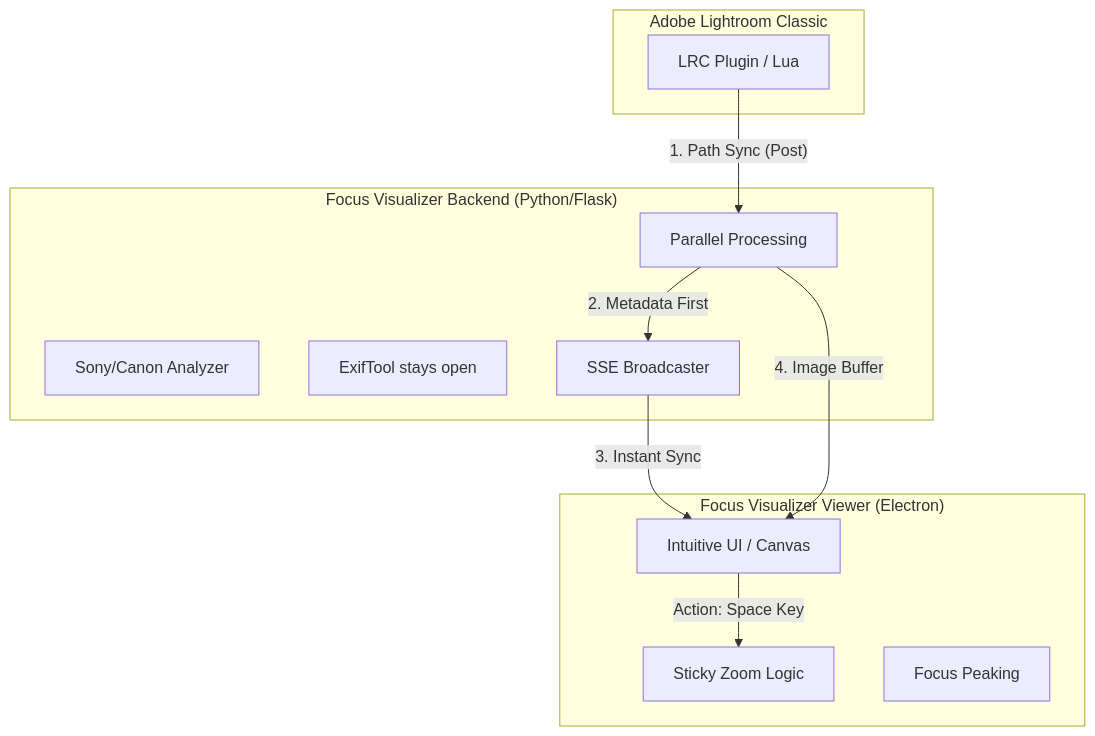
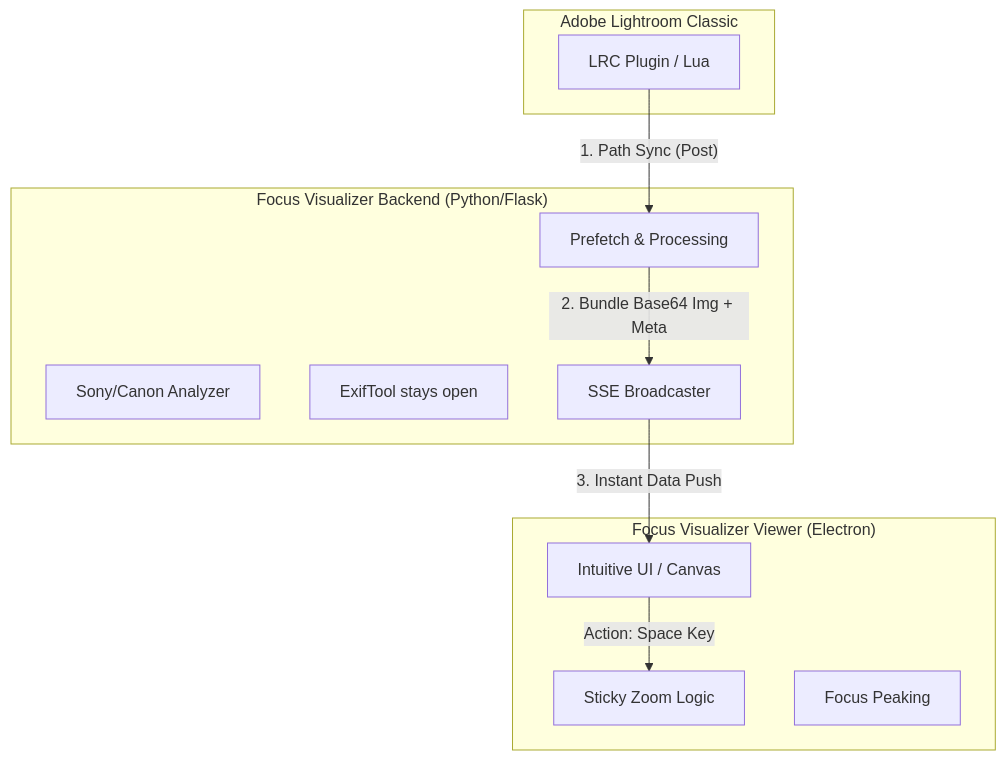
One commit to muromix/FocusVisualizer changed the first of 2 diagrams in Walkthrough/FOCUS_VISUALIZER_CONCEPT.md. Above: the diagram before and after it, drawn with Mermaid. The commit also changed other lines of this file and 13 other files, not shown here.

````diff
--- a/Walkthrough/FOCUS_VISUALIZER_CONCEPT.md
+++ b/Walkthrough/FOCUS_VISUALIZER_CONCEPT.md
@@ -47,25 +47,24 @@
 ```mermaid
 graph TD
     subgraph "Adobe Lightroom Classic"
         LRC[LRC Plugin / Lua]
     end
 
     subgraph "Focus Visualizer Backend (Python/Flask)"
         SA[Sony/Canon Analyzer]
         EX[ExifTool stays open]
-        PC[Parallel Processing]
+        PC[Prefetch & Processing]
         SSE[SSE Broadcaster]
     end
 
     subgraph "Focus Visualizer Viewer (Electron)"
         UI[Intuitive UI / Canvas]
         SZ[Sticky Zoom Logic]
         PK[Focus Peaking]
     end
 
     LRC -- "1. Path Sync (Post)" --> PC
-    PC -- "2. Metadata First" --> SSE
-    SSE -- "3. Instant Sync" --> UI
-    PC -- "4. Image Buffer" --> UI
+    PC -- "2. Bundle Base64 Img + Meta" --> SSE
+    SSE -- "3. Instant Data Push" --> UI
     UI -- "Action: Space Key" --> SZ
 ```
````
